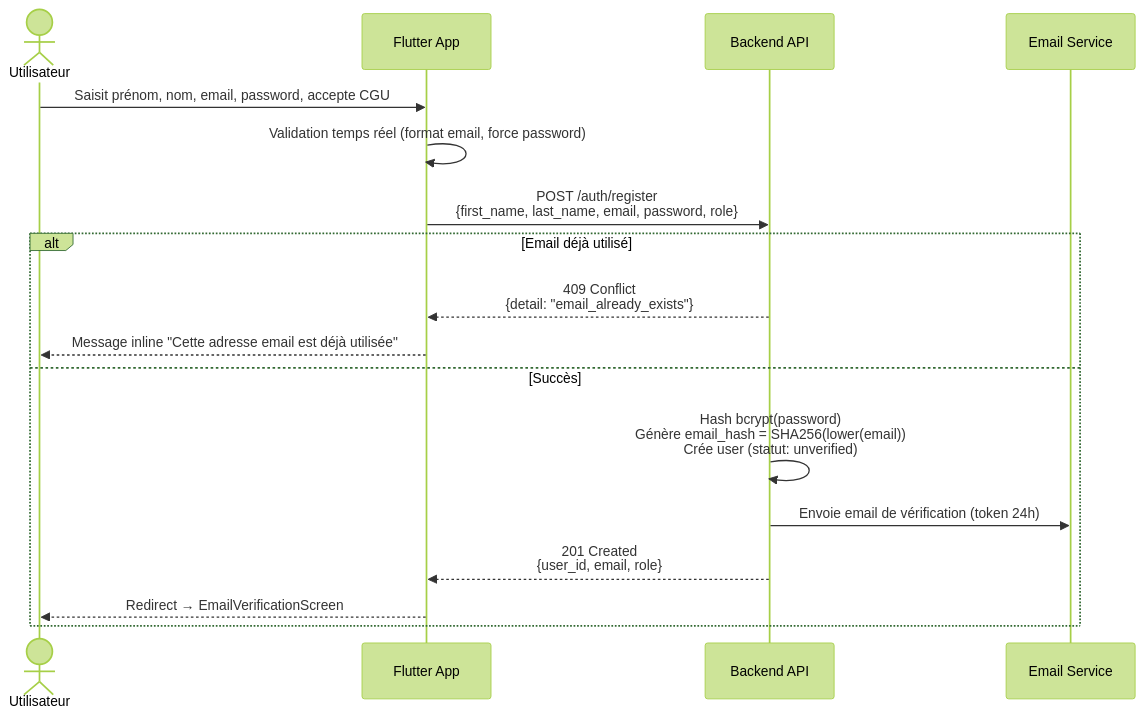
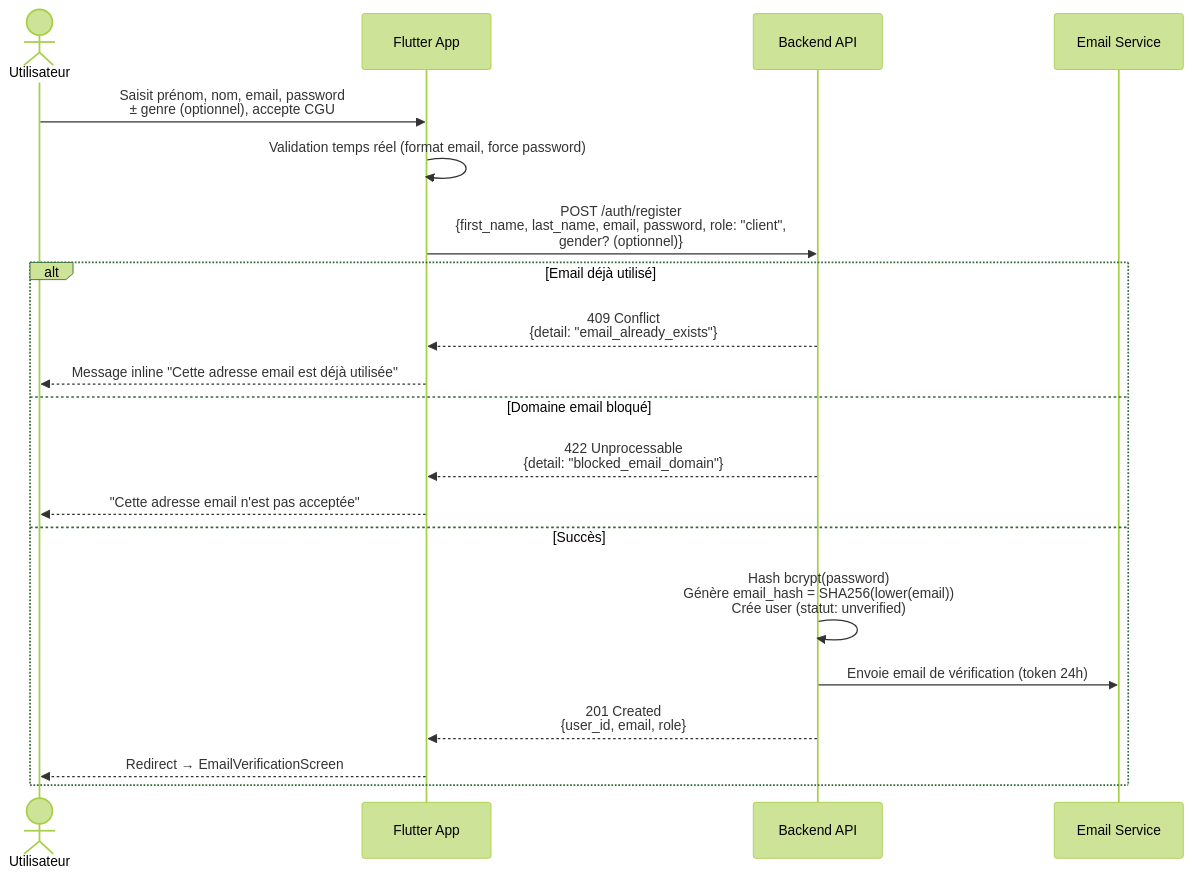
The first of 10 diagrams in docs/FLOWS_01_AUTHENTIFICATION.md (gaelgael5/mycoach), drawn with Mermaid (forest theme) before and after one commit. The commit also changed other lines of this file and 2 other files, not shown here.

````diff
--- a/docs/FLOWS_01_AUTHENTIFICATION.md
+++ b/docs/FLOWS_01_AUTHENTIFICATION.md
@@ -9,20 +9,23 @@
 ```mermaid
 sequenceDiagram
     actor U as Utilisateur
     participant A as Flutter App
     participant B as Backend API
     participant E as Email Service
 
-    U->>A: Saisit prénom, nom, email, password, accepte CGU
+    U->>A: Saisit prénom, nom, email, password<br/>± genre (optionnel), accepte CGU
     A->>A: Validation temps réel (format email, force password)
-    A->>B: POST /auth/register<br/>{first_name, last_name, email, password, role}
+    A->>B: POST /auth/register<br/>{first_name, last_name, email, password, role: "client",<br/>gender? (optionnel)}
     alt Email déjà utilisé
         B-->>A: 409 Conflict<br/>{detail: "email_already_exists"}
         A-->>U: Message inline "Cette adresse email est déjà utilisée"
+    else Domaine email bloqué
+        B-->>A: 422 Unprocessable<br/>{detail: "blocked_email_domain"}
+        A-->>U: "Cette adresse email n'est pas acceptée"
     else Succès
         B->>B: Hash bcrypt(password)<br/>Génère email_hash = SHA256(lower(email))<br/>Crée user (statut: unverified)
         B->>E: Envoie email de vérification (token 24h)
         B-->>A: 201 Created<br/>{user_id, email, role}
         A-->>U: Redirect → EmailVerificationScreen
     end
 ```
````
